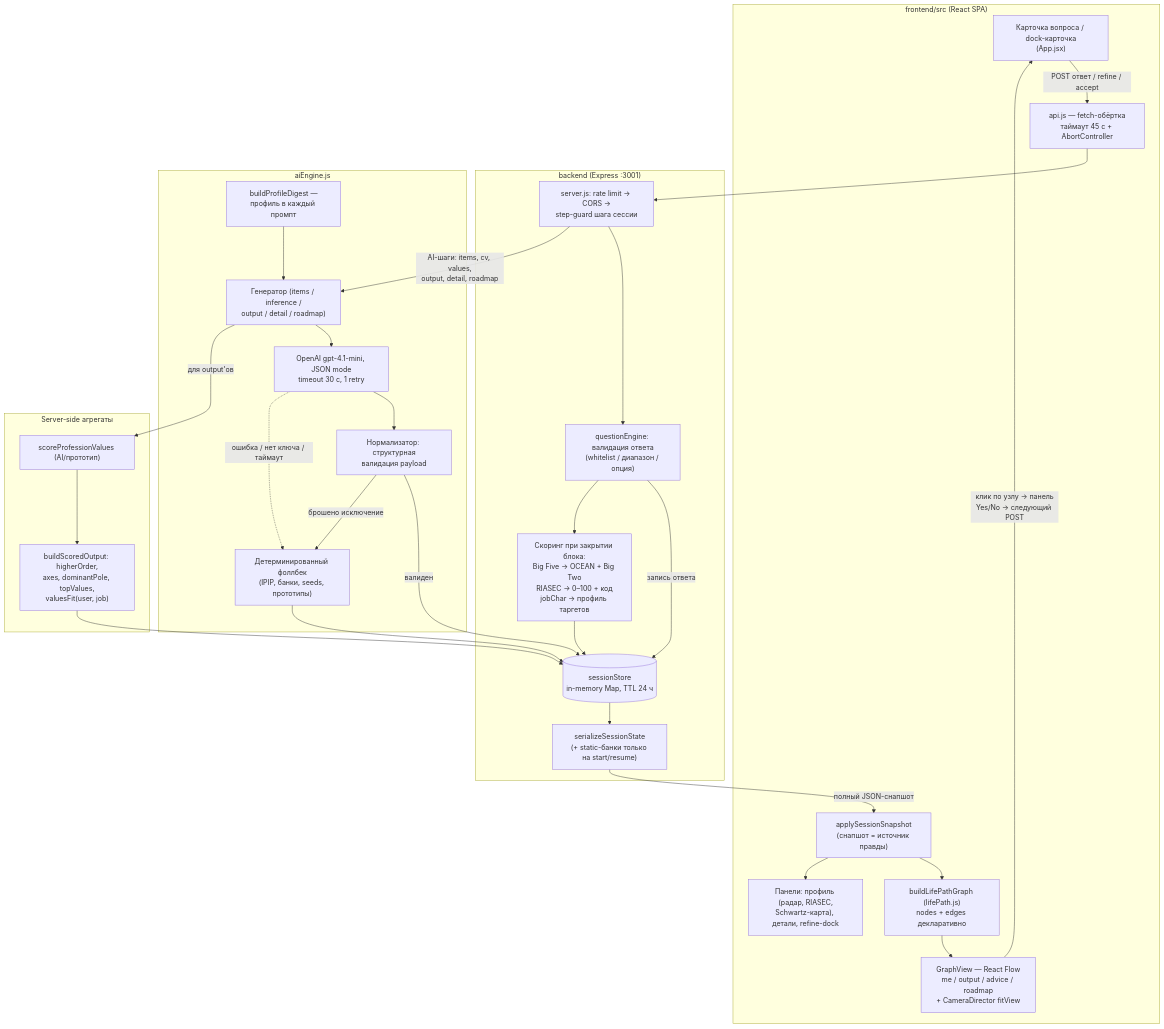
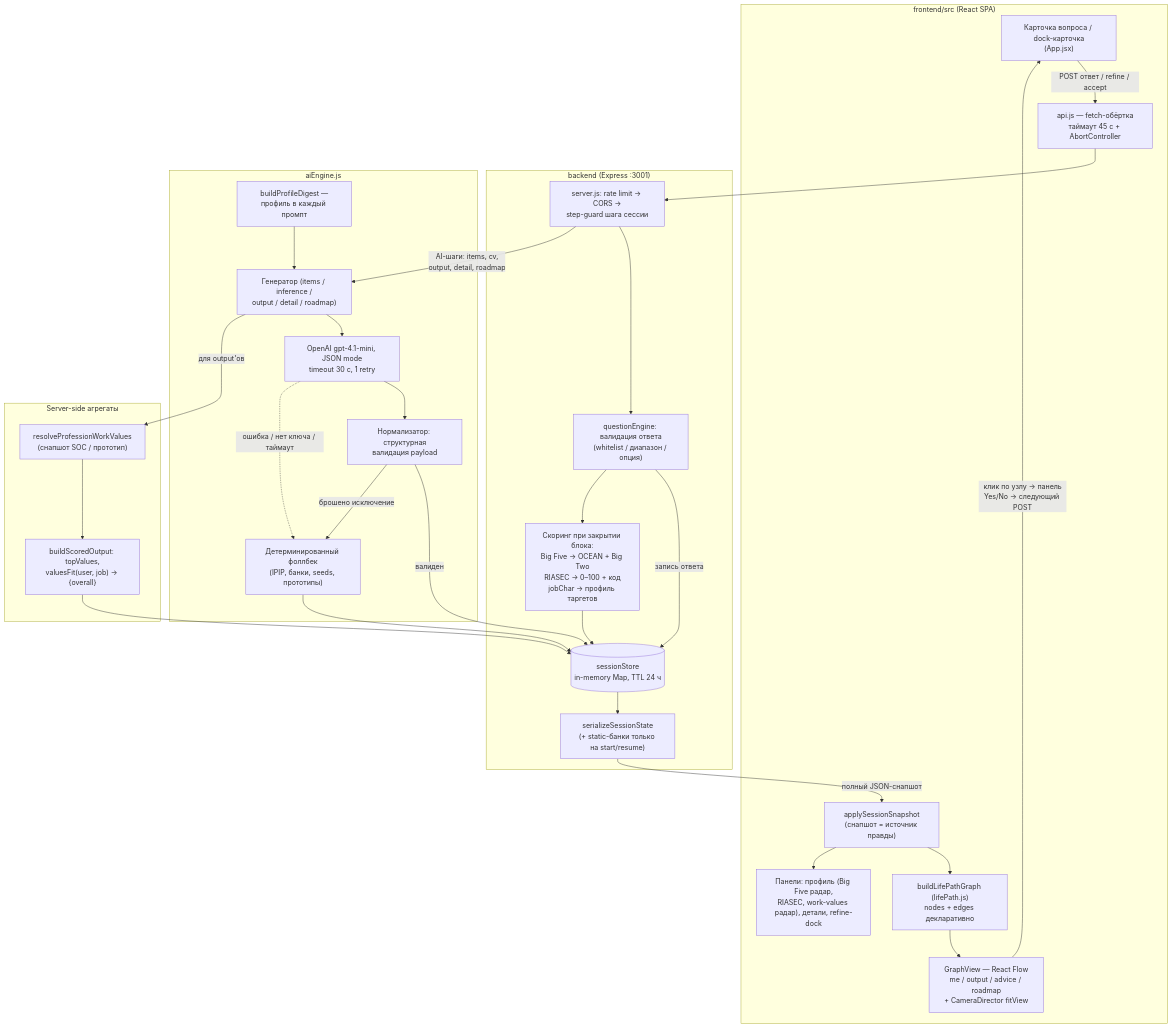
Before and after one commit to H1di/ai_survey: the diagram in ARCHITECTURE.md, drawn with Mermaid. The commit also changed other lines of this file and 6 other files, not shown here.

First line of the commit message:
docs: sync docs to Work-Values architecture + backend hardening

````diff
--- a/ARCHITECTURE.md
+++ b/ARCHITECTURE.md
@@ -173,47 +178,47 @@
 ```mermaid
 flowchart TD
     subgraph Frontend["frontend/src (React SPA)"]
         UI["Карточка вопроса / dock-карточка<br/>(App.jsx)"]
         API["api.js — fetch-обёртка<br/>таймаут 45 с + AbortController"]
         APPLY["applySessionSnapshot<br/>(снапшот = источник правды)"]
         BUILD["buildLifePathGraph (lifePath.js)<br/>nodes + edges декларативно"]
         FLOW["GraphView — React Flow<br/>me / output / advice / roadmap<br/>+ CameraDirector fitView"]
-        PANELS["Панели: профиль (радар, RIASEC,<br/>Schwartz-карта), детали, refine-dock"]
+        PANELS["Панели: профиль (Big Five радар,<br/>RIASEC, work-values радар), детали, refine-dock"]
     end
 
     subgraph Backend["backend (Express :3001)"]
         GUARD["server.js: rate limit → CORS →<br/>step-guard шага сессии"]
         VALIDATE["questionEngine: валидация ответа<br/>(whitelist / диапазон / опция)"]
         SCORE["Скоринг при закрытии блока:<br/>Big Five → OCEAN + Big Two<br/>RIASEC → 0–100 + код<br/>jobChar → профиль таргетов"]
         STORE[("sessionStore<br/>in-memory Map, TTL 24 ч")]
         SNAP["serializeSessionState<br/>(+ static-банки только на start/resume)"]
     end
 
     subgraph AI["aiEngine.js"]
         GEN["Генератор (items / inference /<br/>output / detail / roadmap)"]
         DIGEST["buildProfileDigest —<br/>профиль в каждый промпт"]
         LLM["OpenAI gpt-4.1-mini, JSON mode<br/>timeout 30 с, 1 retry"]
         NORM["Нормализатор: структурная<br/>валидация payload"]
         FB["Детерминированный фоллбек<br/>(IPIP, банки, seeds, прототипы)"]
     end
 
-    subgraph Schwartz["Server-side агрегаты"]
-        SCOREVAL["scoreProfessionValues (AI/прототип)"]
-        DERIVE["buildScoredOutput: higherOrder,<br/>axes, dominantPole, topValues,<br/>valuesFit(user, job)"]
+    subgraph Values["Server-side агрегаты"]
+        SCOREVAL["resolveProfessionWorkValues<br/>(снапшот SOC / прототип)"]
+        DERIVE["buildScoredOutput: topValues,<br/>valuesFit(user, job) → {overall}"]
     end
 
     UI -->|"POST ответ / refine / accept"| API --> GUARD --> VALIDATE
     VALIDATE -->|запись ответа| STORE
     VALIDATE --> SCORE --> STORE
-    GUARD -->|"AI-шаги: items, cv, values,<br/>output, detail, roadmap"| GEN
+    GUARD -->|"AI-шаги: items, cv,<br/>output, detail, roadmap"| GEN
     DIGEST --> GEN
     GEN --> LLM --> NORM
     NORM -->|"валиден"| STORE
     NORM -->|"брошено исключение"| FB --> STORE
     LLM -.->|"ошибка / нет ключа / таймаут"| FB
     GEN -->|"для output'ов"| SCOREVAL --> DERIVE --> STORE
     STORE --> SNAP -->|"полный JSON-снапшот"| APPLY
     APPLY --> BUILD --> FLOW
     APPLY --> PANELS
     FLOW -->|"клик по узлу → панель<br/>Yes/No → следующий POST"| UI
 ```
````
